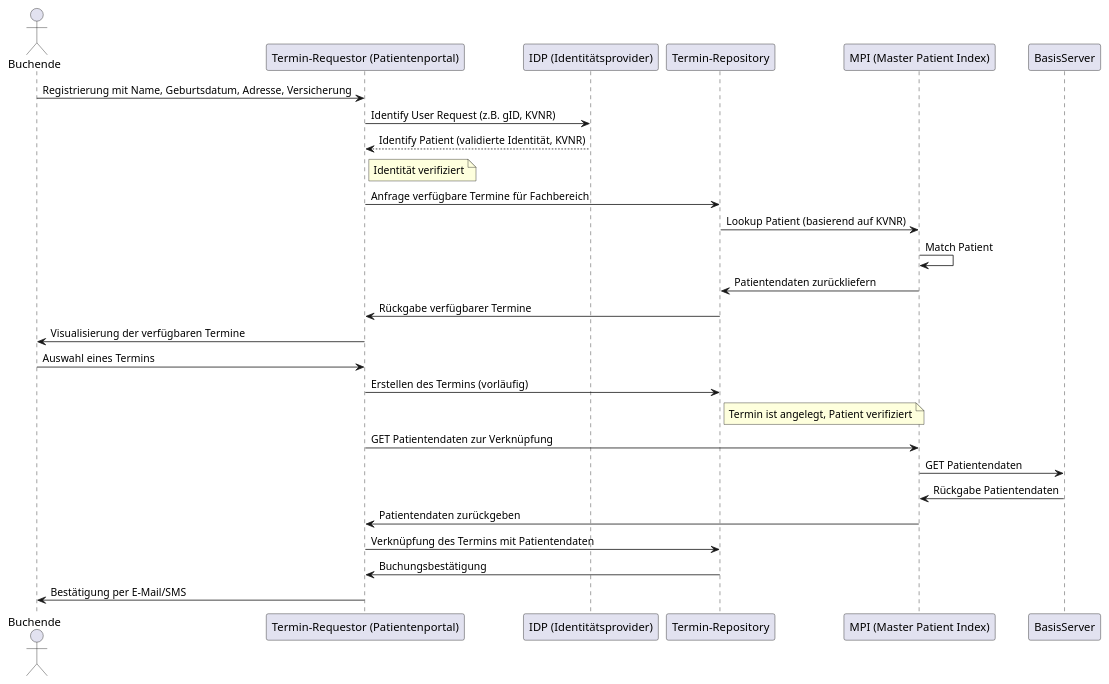
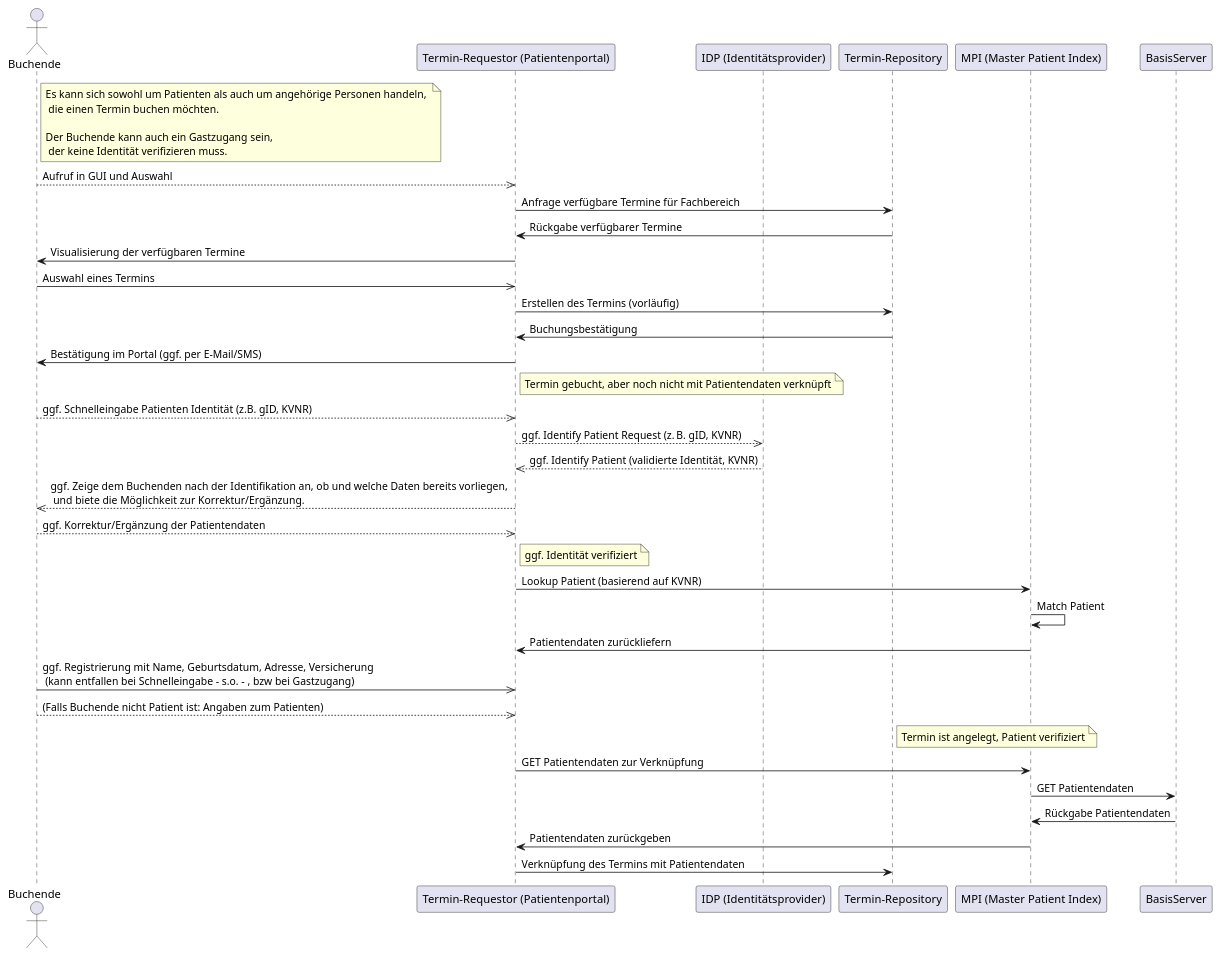
Before and after one commit to gematik/spec-ISiK-Basismodul: the diagram in Material/Terminplanung/images/diagrams/identitaetsnachweis-sequenz.puml, drawn with PlantUML. The commit also changed 1 other file, not shown here.

Commit message:
change registration order for sequence

```diff
--- a/Material/Terminplanung/images/diagrams/identitaetsnachweis-sequenz.puml
+++ b/Material/Terminplanung/images/diagrams/identitaetsnachweis-sequenz.puml
@@ -1,34 +1,52 @@
 @startuml
 
 actor Buchende
 participant "Termin-Requestor (Patientenportal)" as TR
 participant "IDP (Identitätsprovider)" as IDP
 participant "Termin-Repository" as TRP
 participant "MPI (Master Patient Index)" as MPI
 participant "BasisServer" as BS
 
-Buchende -> TR: Registrierung mit Name, Geburtsdatum, Adresse, Versicherung
-TR -> IDP: Identify User Request (z.B. gID, KVNR)
-IDP --> TR: Identify Patient (validierte Identität, KVNR)
-note right of TR: Identität verifiziert
+Note right of Buchende: Es kann sich sowohl um Patienten als auch um angehörige Personen handeln, \n die einen Termin buchen möchten. \n\nDer Buchende kann auch ein Gastzugang sein, \n der keine Identität verifizieren muss.
 
+Buchende-->>TR: Aufruf in GUI und Auswahl
 TR -> TRP: Anfrage verfügbare Termine für Fachbereich
-TRP -> MPI: Lookup Patient (basierend auf KVNR)
-MPI -> MPI: Match Patient
-MPI -> TRP: Patientendaten zurückliefern
 TRP -> TR: Rückgabe verfügbarer Termine
+
 TR -> Buchende: Visualisierung der verfügbaren Termine
 
-Buchende -> TR: Auswahl eines Termins
+Buchende->>TR: Auswahl eines Termins
+
 TR -> TRP: Erstellen des Termins (vorläufig)
+
+TRP -> TR: Buchungsbestätigung
+TR -> Buchende: Bestätigung im Portal (ggf. per E-Mail/SMS)
+Note right of TR: Termin gebucht, aber noch nicht mit Patientendaten verknüpft
+
+Buchende-->>TR: ggf. Schnelleingabe Patienten Identität (z.B. gID, KVNR)
+TR-->>IDP: ggf. Identify Patient Request (z. B. gID, KVNR)
+IDP-->>TR: ggf. Identify Patient (validierte Identität, KVNR)
+
+TR-->>Buchende: ggf. Zeige dem Buchenden nach der Identifikation an, ob und welche Daten bereits vorliegen, \n und biete die Möglichkeit zur Korrektur/Ergänzung.
+Buchende-->>TR: ggf. Korrektur/Ergänzung der Patientendaten
+Note right of TR: ggf. Identität verifiziert
+
+
+TR -> MPI: Lookup Patient (basierend auf KVNR)
+MPI -> MPI: Match Patient
+MPI -> TR: Patientendaten zurückliefern
+
+Buchende->>TR: ggf. Registrierung mit Name, Geburtsdatum, Adresse, Versicherung \n (kann entfallen bei Schnelleingabe - s.o. - , bzw bei Gastzugang)
+Buchende-->>TR: (Falls Buchende nicht Patient ist: Angaben zum Patienten)
+
+
 note right of TRP: Termin ist angelegt, Patient verifiziert
 TR -> MPI: GET Patientendaten zur Verknüpfung
 MPI -> BS: GET Patientendaten
 BS -> MPI: Rückgabe Patientendaten
 MPI -> TR: Patientendaten zurückgeben
 TR -> TRP: Verknüpfung des Termins mit Patientendaten
 
-TRP -> TR: Buchungsbestätigung
-TR -> Buchende: Bestätigung per E-Mail/SMS
+
 
 @enduml
```
